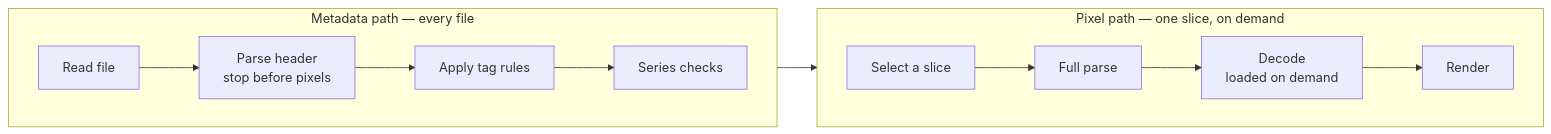
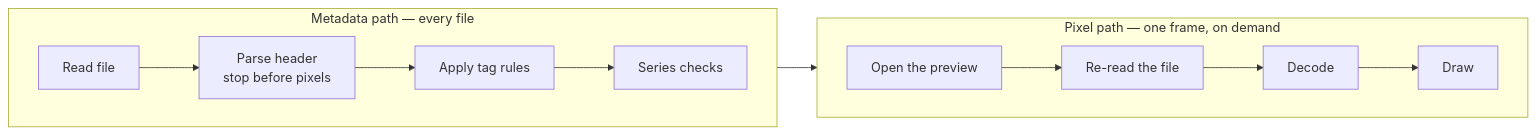
The second of 3 diagrams in README.md (raihanvaheed/scanlint), drawn with Mermaid before and after one commit. The commit also changed other lines of this file, not shown here.

````diff
--- a/README.md
+++ b/README.md
@@ -120,12 +145,12 @@
 ```mermaid
 flowchart LR
     subgraph meta["Metadata path — every file"]
         direction LR
         a["Read file"] --> b["Parse header<br/>stop before pixels"] --> c["Apply tag rules"] --> d["Series checks"]
     end
-    subgraph pix["Pixel path — one slice, on demand"]
+    subgraph pix["Pixel path — one frame, on demand"]
         direction LR
-        e["Select a slice"] --> f["Full parse"] --> g["Decode<br/>loaded on demand"] --> h["Render"]
+        e["Open the preview"] --> f["Re-read the file"] --> g["Decode"] --> h["Draw"]
     end
     d --> e
 ```
````
